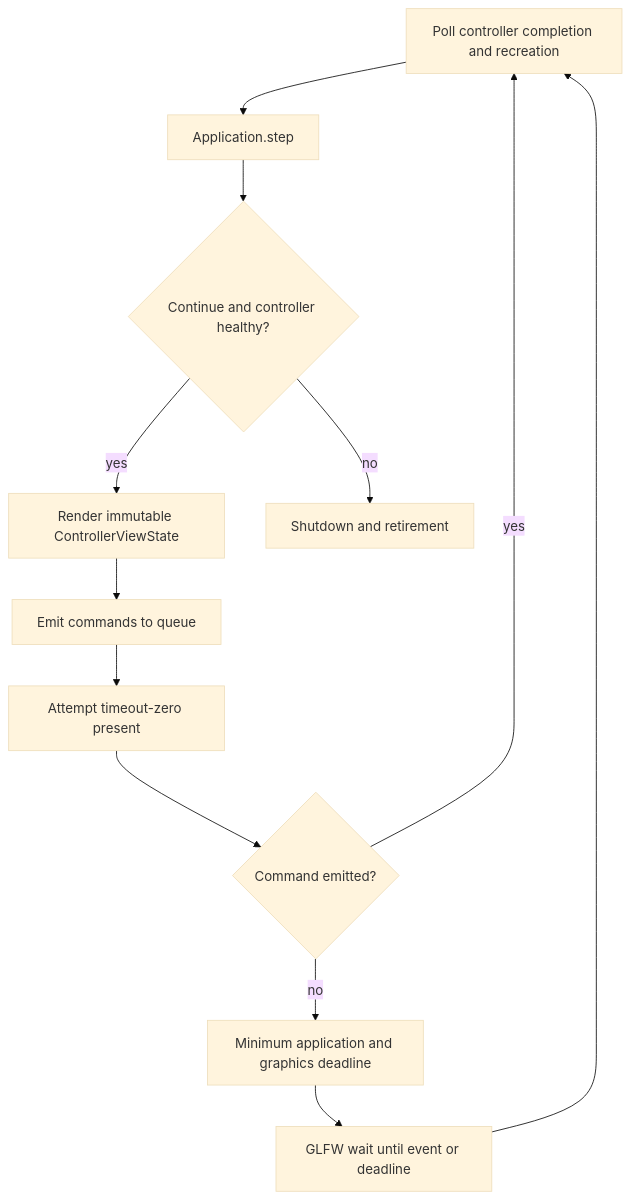
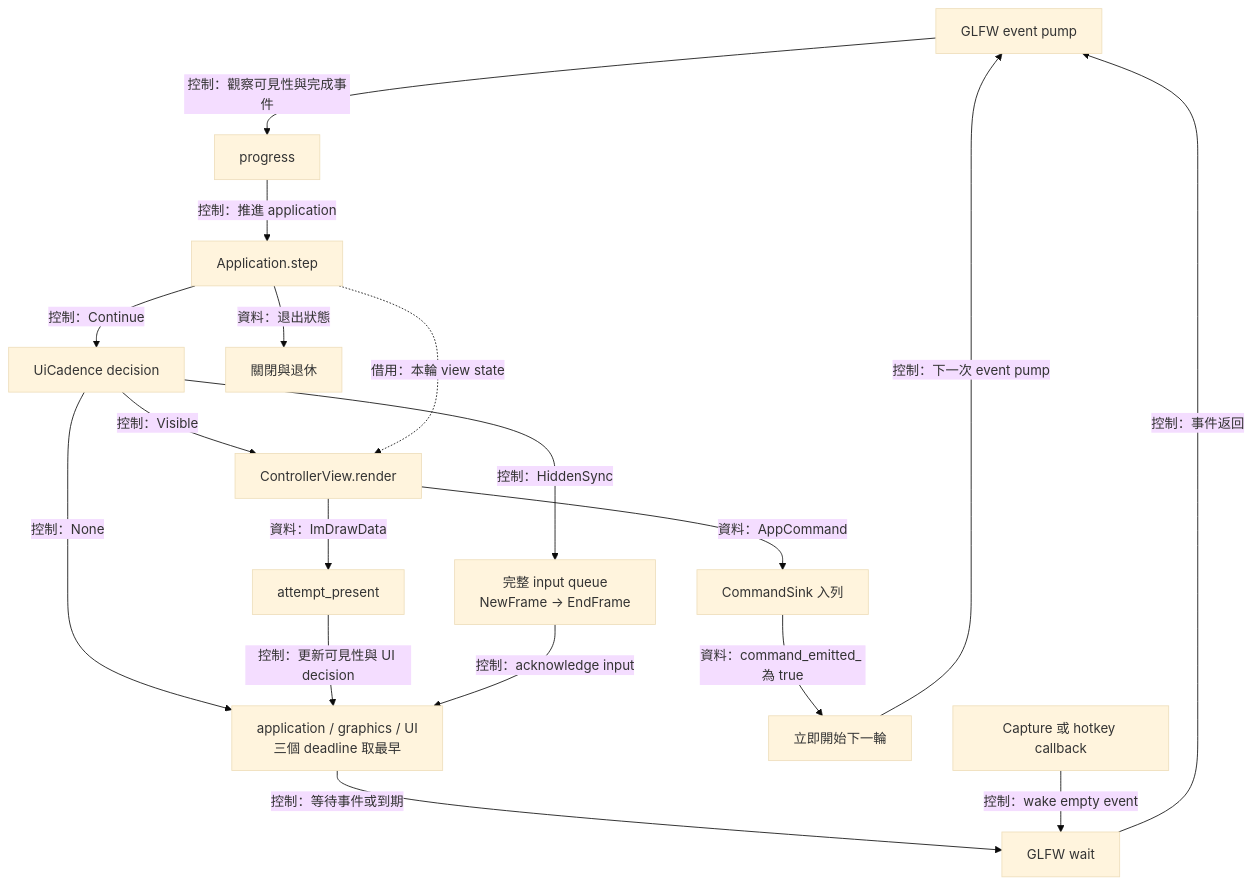
The seventh of 9 diagrams in docs/architecture/desktop-host.md (Mes0903/avb0795), drawn with Mermaid (base theme) before and after one commit. The commit also changed other lines of this file and 156 other files, not shown here.

````diff
--- a/docs/architecture/desktop-host.md
+++ b/docs/architecture/desktop-host.md
@@ -72,14 +192,20 @@
 ```mermaid
 flowchart TD
-    Progress[Poll controller completion and recreation] --> Step[Application.step]
-    Step --> Exit{Continue and controller healthy?}
-    Exit -->|yes| View[Render immutable ControllerViewState]
-    View --> Queue[Emit commands to queue]
-    Queue --> Present[Attempt timeout-zero present]
-    Present --> Command{Command emitted?}
-    Command -->|yes| Progress
-    Command -->|no| Deadline[Minimum application and graphics deadline]
-    Deadline --> Wait[GLFW wait until event or deadline]
-    Wait --> Progress
-    Exit -->|no| Shutdown[Shutdown and retirement]
+    Pump[GLFW event pump] -->|控制：觀察可見性與完成事件| Progress[progress]
+    Progress -->|控制：推進 application| Step[Application.step]
+    Step -->|控制：Continue| Cadence[UiCadence decision]
+    Cadence -->|控制：Visible| View[ControllerView.render]
+    Step -.->|借用：本輪 view state| View
+    Cadence -->|控制：HiddenSync| Sync[完整 input queue<br/>NewFrame → EndFrame]
+    Cadence -->|控制：None| Deadline[application / graphics / UI<br/>三個 deadline 取最早]
+    View -->|資料：AppCommand| Queue[CommandSink 入列]
+    View -->|資料：ImDrawData| Present[attempt_present]
+    Queue -->|資料：command_emitted_ 為 true| Immediate[立即開始下一輪]
+    Immediate -->|控制：下一次 event pump| Pump
+    Present -->|控制：更新可見性與 UI decision| Deadline
+    Sync -->|控制：acknowledge input| Deadline
+    Deadline -->|控制：等待事件或到期| Wait[GLFW wait]
+    Callback[Capture 或 hotkey callback] -->|控制：wake empty event| Wait
+    Wait -->|控制：事件返回| Pump
+    Step -->|資料：退出狀態| Shutdown[關閉與退休]
 ```
````
